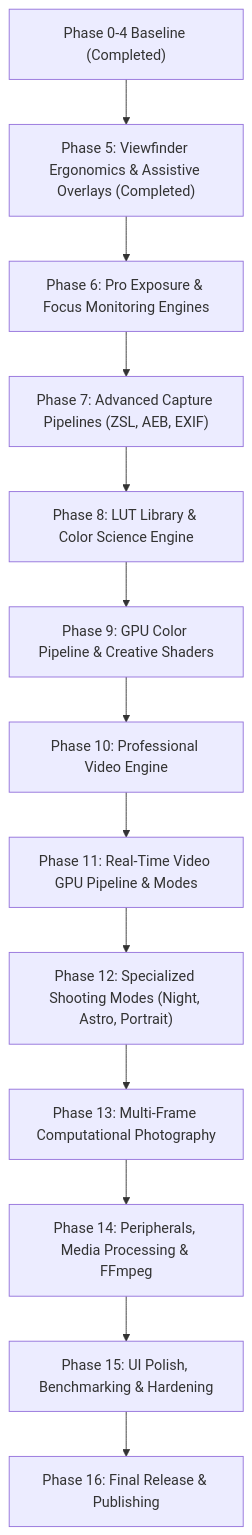
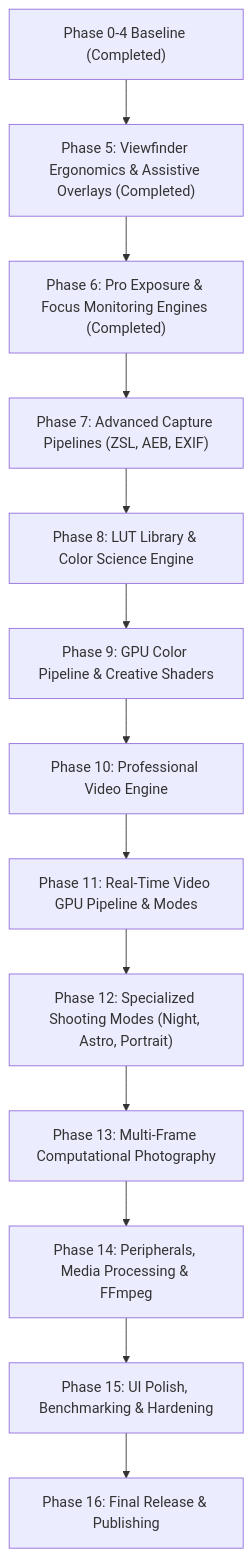
The diagram in docs/MASTER_IMPLEMENTATION_ROADMAP.md (arybishal/Xamera), drawn with Mermaid before and after one commit. The commit also changed other lines of this file and 39 other files, not shown here.

Commit message:
feat(camera): implement pro exposure and focus monitoring engines

````diff
--- a/docs/MASTER_IMPLEMENTATION_ROADMAP.md
+++ b/docs/MASTER_IMPLEMENTATION_ROADMAP.md
@@ -41,15 +41,15 @@
 ```mermaid
 flowchart TD
     P4["Phase 0-4 Baseline (Completed)"] --> P5["Phase 5: Viewfinder Ergonomics & Assistive Overlays (Completed)"]
-    P5 --> P6["Phase 6: Pro Exposure & Focus Monitoring Engines"]
+    P5 --> P6["Phase 6: Pro Exposure & Focus Monitoring Engines (Completed)"]
     P6 --> P7["Phase 7: Advanced Capture Pipelines (ZSL, AEB, EXIF)"]
     P7 --> P8["Phase 8: LUT Library & Color Science Engine"]
     P8 --> P9["Phase 9: GPU Color Pipeline & Creative Shaders"]
     P9 --> P10["Phase 10: Professional Video Engine"]
     P10 --> P11["Phase 11: Real-Time Video GPU Pipeline & Modes"]
     P11 --> P12["Phase 12: Specialized Shooting Modes (Night, Astro, Portrait)"]
     P12 --> P13["Phase 13: Multi-Frame Computational Photography"]
     P13 --> P14["Phase 14: Peripherals, Media Processing & FFmpeg"]
     P14 --> P15["Phase 15: UI Polish, Benchmarking & Hardening"]
     P15 --> P16["Phase 16: Final Release & Publishing"]
 ```
````
